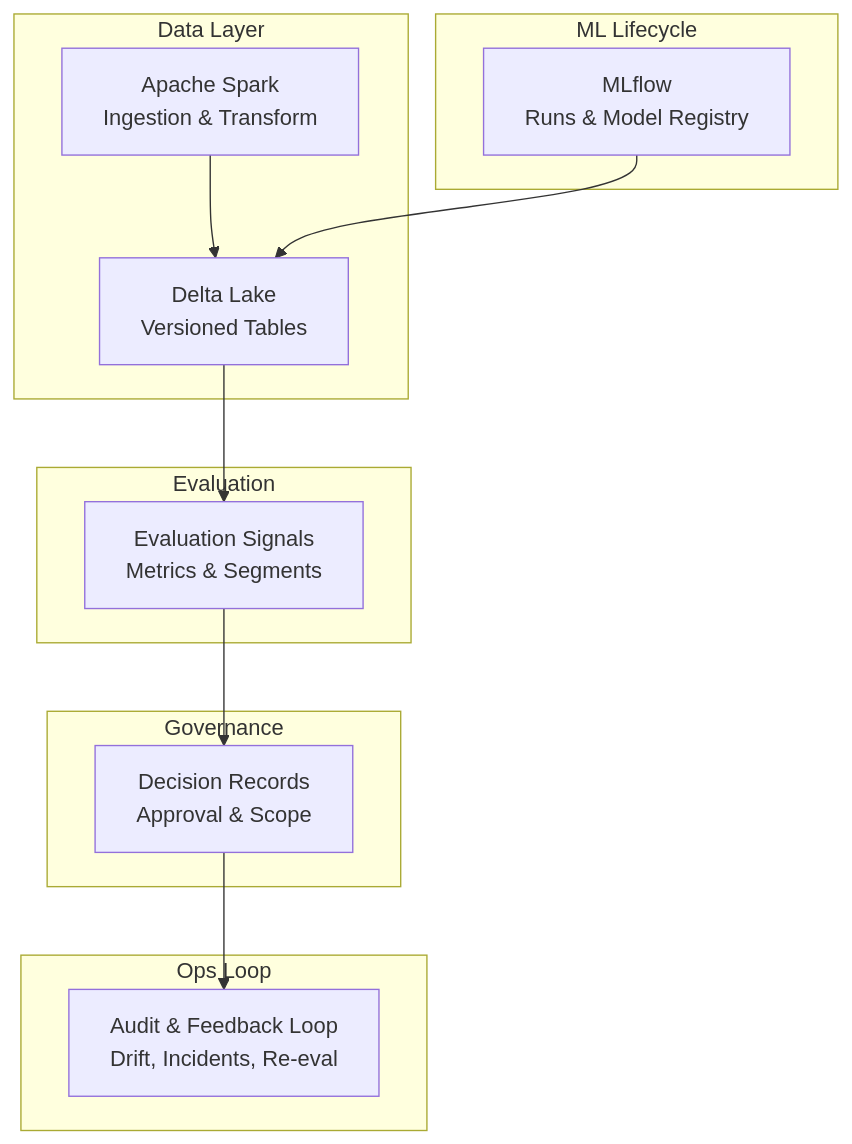
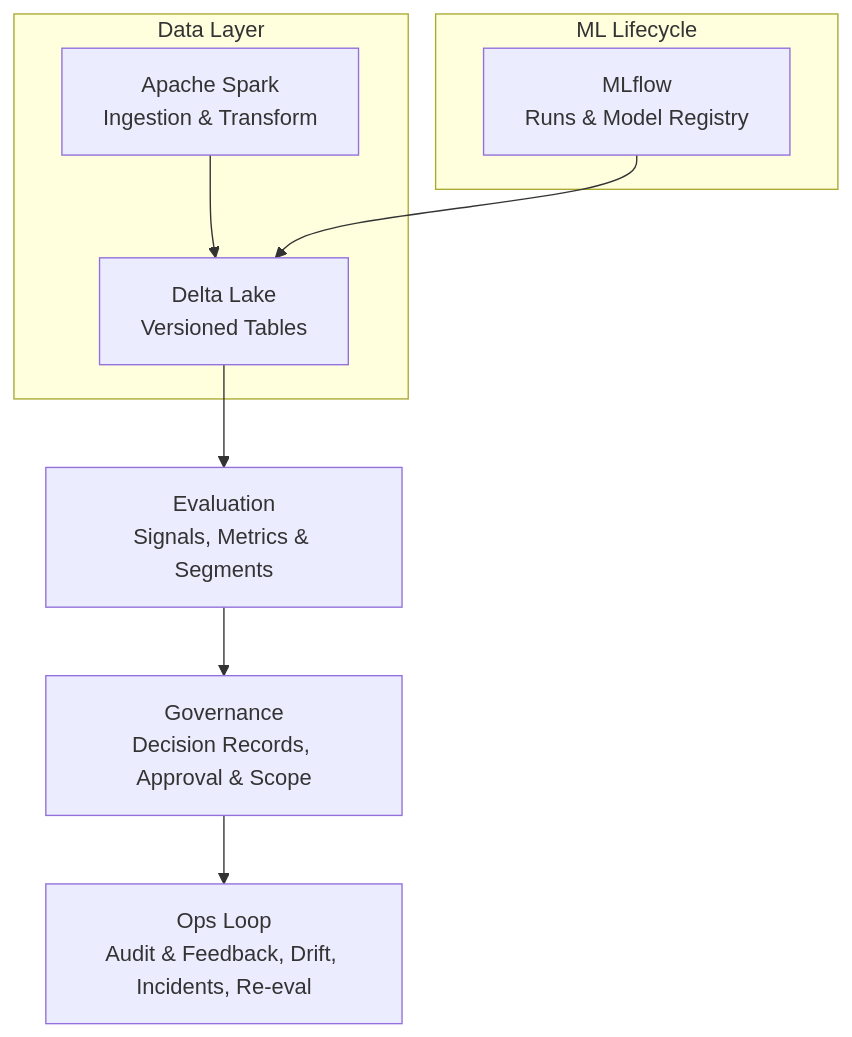
The diagram in README.md (mightyquinn408/AI_Evaluator), drawn with Mermaid before and after one commit.

Commit message:
Fixed mermaid spacing in arch diagram

````diff
--- a/README.md
+++ b/README.md
@@ -36,30 +36,22 @@
 ```mermaid
 flowchart TD
 
     subgraph Data Layer
         A[Apache Spark<br/>Ingestion & Transform]
         B[Delta Lake<br/>Versioned Tables]
     end
 
     subgraph ML Lifecycle
         C[MLflow<br/>Runs & Model Registry]
     end
 
-    subgraph Evaluation
-        D[Evaluation Signals<br/>Metrics & Segments]
-    end
-
-    subgraph Governance
-        E[Decision Records<br/>Approval & Scope]
-    end
-
-    subgraph Ops Loop
-        F[Audit & Feedback Loop<br/>Drift, Incidents, Re-eval]
-    end
+    D[Evaluation<br/>Signals, Metrics & Segments]
+    E[Governance<br/>Decision Records, Approval & Scope]
+    F[Ops Loop<br/>Audit & Feedback, Drift, Incidents, Re-eval]
 
     A --> B
     C --> B
     B --> D
     D --> E
     E --> F
 ```
````
